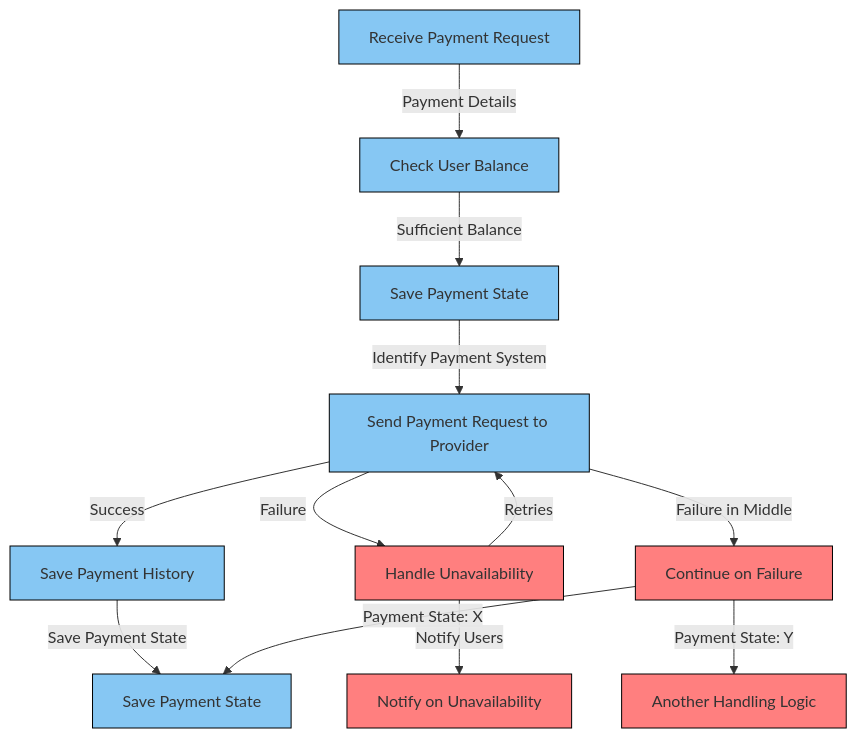
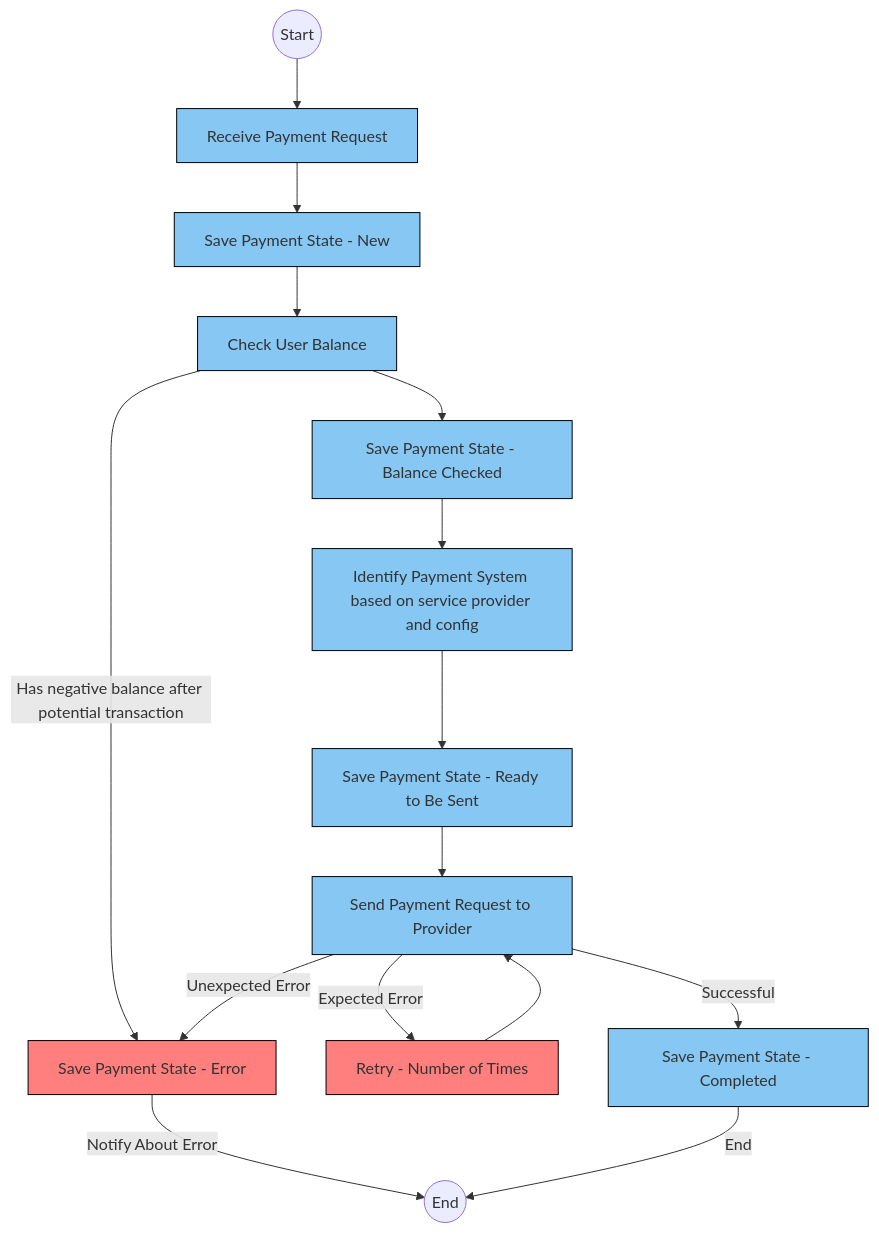
Before and after one commit to sIvanovKonstantyn/AI-generated-system: the diagram in documentation/payments processing.md, drawn with Mermaid. The commit also changed other lines of this file, not shown here.

Commit message:
Fix diagram add description

````diff
--- a/documentation/payments processing.md
+++ b/documentation/payments processing.md
@@ -4,25 +4,26 @@
 ```mermaid
 graph TD
-  A[Receive Payment Request] -->|Payment Details| B[Check User Balance]
-  B -->|Sufficient Balance| C[Save Payment State]
-  C -->|Identify Payment System| D[Send Payment Request to Provider]
-  D -->|Success| E[Save Payment History]
-  D -->|Failure| F[Handle Unavailability]
-  F -->|Retries| D
-  F -->|Notify Users| G[Notify on Unavailability]
-  D -->|Failure in Middle| H[Continue on Failure]
-  E -->|Save Payment State| I[Save Payment State]
-  H -->|Payment State: X| I[Save Payment State]
-  H -->|Payment State: Y| J[Another Handling Logic]
-  
+  A1((Start)) --> A
+  A[Receive Payment Request] --> B[Save Payment State - New]
+  B --> B1[Check User Balance] --> C[Save Payment State - Balance Checked]
+  B1 --> |Has negative balance after potential transaction| F[Save Payment State - Error]
+  C --> C1[Identify Payment System based on service provider and config] --> D[Save Payment State - Ready to Be Sent]
+  D --> D1[Send Payment Request to Provider]
+  D1 -->|Expected Error| E[Retry - Number of Times]
+  E --> D1
+  D1 -->|Unexpected Error| F
+  F -->|Notify About Error| G((End))
+  D1 -->|Successful| H[Save Payment State - Completed]
+  H -->|End| G
+
   style A fill:#86C7F3,stroke:#000
   style B fill:#86C7F3,stroke:#000
+  style B1 fill:#86C7F3,stroke:#000
   style C fill:#86C7F3,stroke:#000
+  style C1 fill:#86C7F3,stroke:#000
   style D fill:#86C7F3,stroke:#000
-  style E fill:#86C7F3,stroke:#000
+  style D1 fill:#86C7F3,stroke:#000 
+  style E fill:#FF7F7F,stroke:#000
   style F fill:#FF7F7F,stroke:#000
-  style G fill:#FF7F7F,stroke:#000
-  style H fill:#FF7F7F,stroke:#000
-  style I fill:#86C7F3,stroke:#000
-  style J fill:#FF7F7F,stroke:#000
+  style H fill:#86C7F3,stroke:#000
 ```
````
